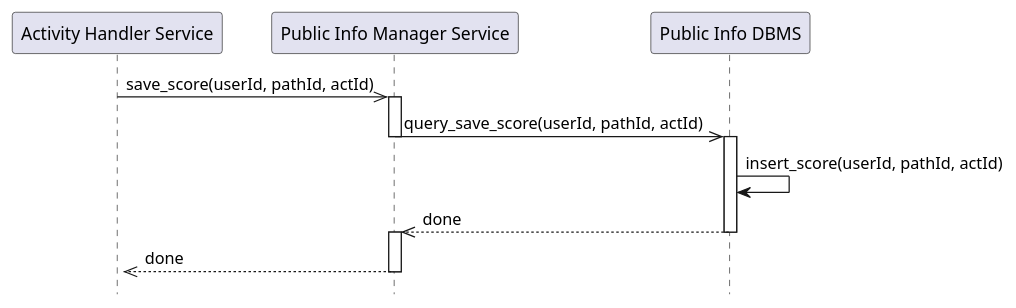
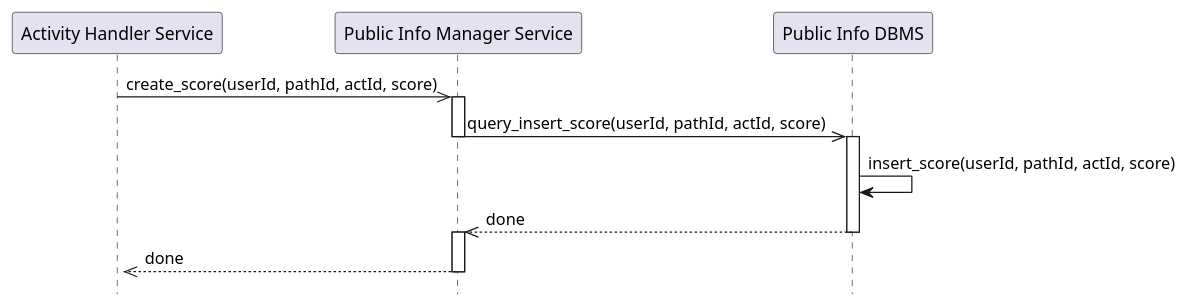
The diagram in diagrams/DD/sequenceDiagram/sd7.3_store_score.puml (Guflie/PoliMi-SWE2-RDD-project), drawn with PlantUML before and after one commit. The commit also changed 20 other files, not shown here.

```diff
--- a/diagrams/DD/sequenceDiagram/sd7.3_store_score.puml
+++ b/diagrams/DD/sequenceDiagram/sd7.3_store_score.puml
@@ -1,22 +1,22 @@
 @startuml sd7-3_store_score
 hide footbox
 
 participant "Activity Handler Service" as ahs
 participant "Public Info Manager Service" as pim
 participant "Public Info DBMS" as dbpi
 
-ahs ->> pim : save_score(userId, pathId, actId)
+ahs ->> pim : create_score(userId, pathId, actId, score)
 deactivate ahs 
 activate pim
-pim ->> dbpi : query_save_score(userId, pathId, actId)
+pim ->> dbpi : query_insert_score(userId, pathId, actId, score)
 deactivate pim 
 activate dbpi
-dbpi -> dbpi : insert_score(userId, pathId, actId)
+dbpi -> dbpi : insert_score(userId, pathId, actId, score)
 dbpi -->> pim : done
 deactivate dbpi
 activate pim
 pim -->> ahs : done
 deactivate pim
 activate ahs
 
 @enduml
```
